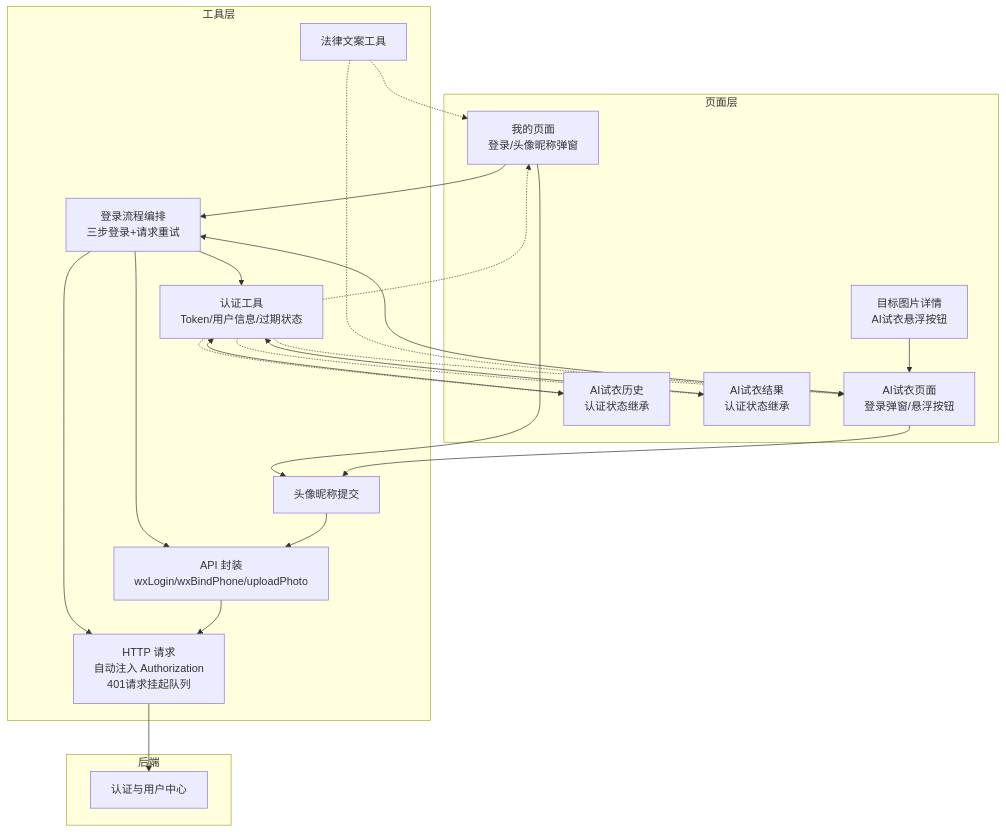
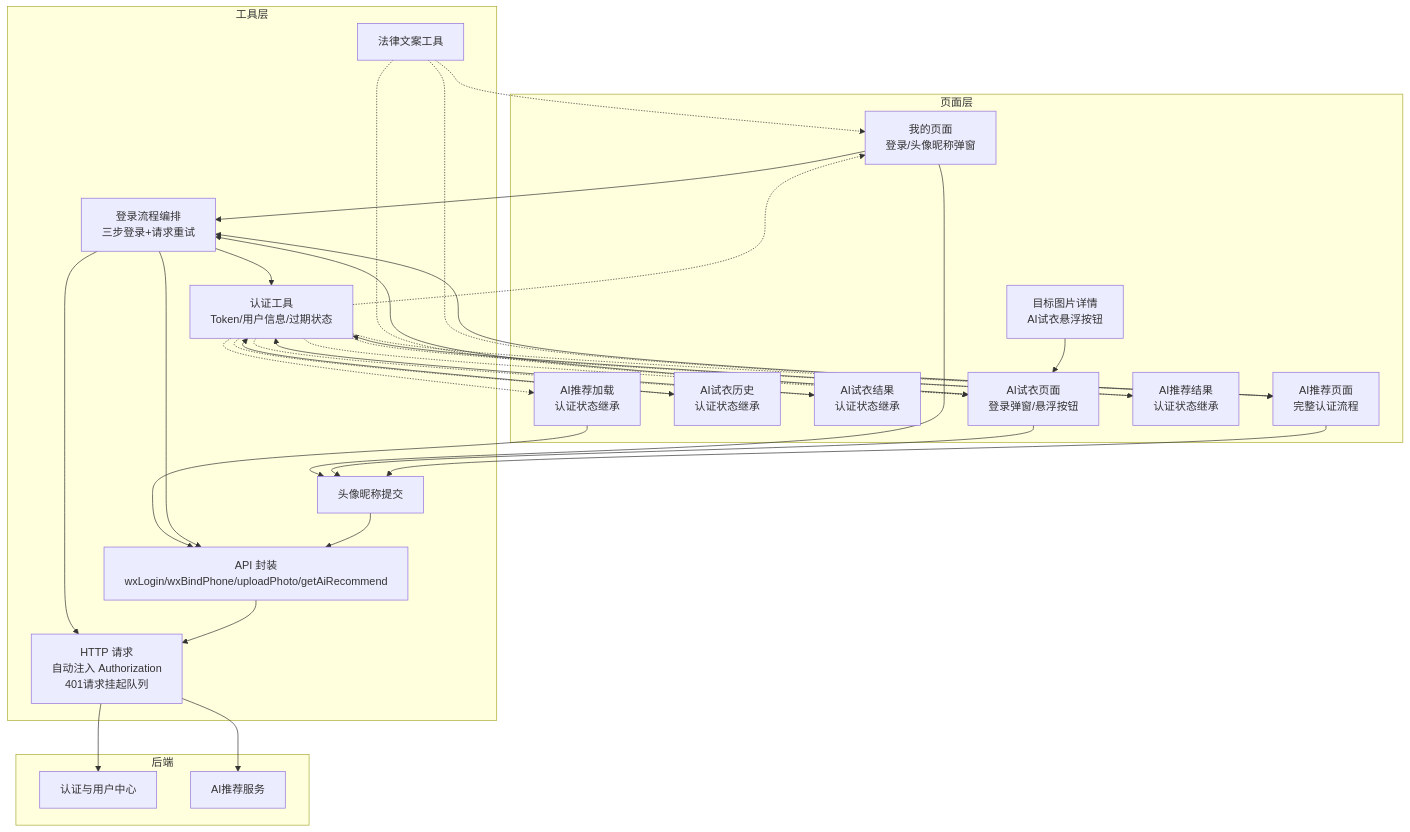
Before and after one commit to crazyma99/blueberry: the second of 14 diagrams in .qoder/repowiki/zh/content/核心功能模块/用户认证系统.md, drawn with Mermaid. The commit also changed other lines of this file and 6 other files, not shown here.

````diff
--- a/.qoder/repowiki/zh/content/核心功能模块/用户认证系统.md
+++ b/.qoder/repowiki/zh/content/核心功能模块/用户认证系统.md
@@ -146,40 +167,53 @@
 ```mermaid
 graph TB
 subgraph "页面层"
 Mine["我的页面<br/>登录/头像昵称弹窗"]
 AiTryOn["AI试衣页面<br/>登录弹窗/悬浮按钮"]
 TargetPhoto["目标图片详情<br/>AI试衣悬浮按钮"]
 AiTryOnHistory["AI试衣历史<br/>认证状态继承"]
 AiTryOnResult["AI试衣结果<br/>认证状态继承"]
+AiRecommend["AI推荐页面<br/>完整认证流程"]
+AiRecommendLoading["AI推荐加载<br/>认证状态继承"]
+AiRecommendResult["AI推荐结果<br/>认证状态继承"]
 end
 subgraph "工具层"
 Auth["认证工具<br/>Token/用户信息/过期状态"]
 LoginFlow["登录流程编排<br/>三步登录+请求重试"]
 ProfileSubmit["头像昵称提交"]
-Api["API 封装<br/>wxLogin/wxBindPhone/uploadPhoto"]
+Api["API 封装<br/>wxLogin/wxBindPhone/uploadPhoto/getAiRecommend"]
 Http["HTTP 请求<br/>自动注入 Authorization<br/>401请求挂起队列"]
 Legal["法律文案工具"]
 end
 subgraph "后端"
 Backend["认证与用户中心"]
+AIFace["AI推荐服务"]
 end
 Mine --> LoginFlow
 Mine --> ProfileSubmit
 AiTryOn --> LoginFlow
 AiTryOn --> ProfileSubmit
 TargetPhoto --> AiTryOn
 AiTryOnHistory --> Auth
 AiTryOnResult --> Auth
+AiRecommend --> LoginFlow
+AiRecommend --> ProfileSubmit
+AiRecommendLoading --> Api
+AiRecommendResult --> Auth
 LoginFlow --> Api
 LoginFlow --> Auth
 LoginFlow --> Http
 ProfileSubmit --> Api
 Api --> Http
 Http --> Backend
+Http --> AIFace
 Auth -.-> Mine
 Auth -.-> AiTryOn
 Auth -.-> AiTryOnHistory
 Auth -.-> AiTryOnResult
+Auth -.-> AiRecommend
+Auth -.-> AiRecommendLoading
+Auth -.-> AiRecommendResult
 Legal -.-> Mine
 Legal -.-> AiTryOn
+Legal -.-> AiRecommend
 ```
````
